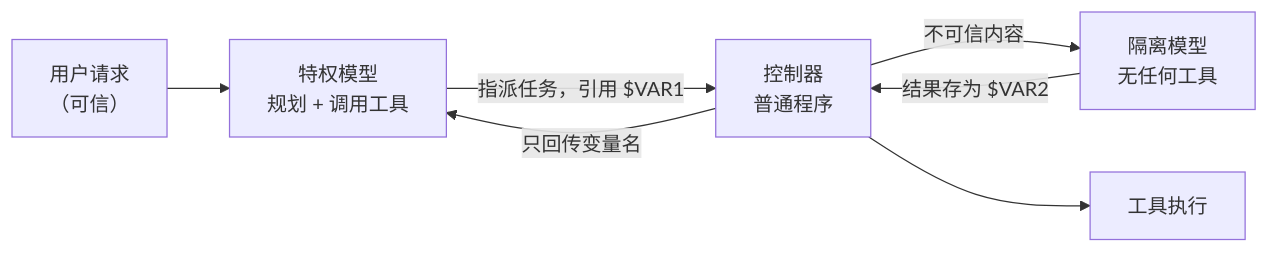
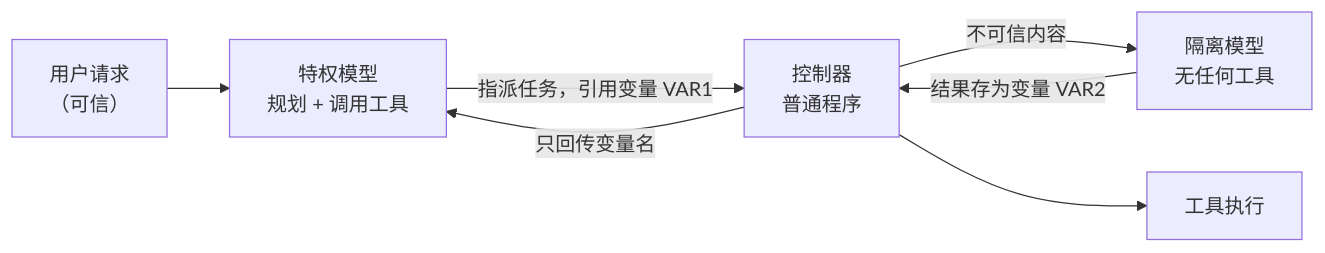
One commit to yeasy/ai_security_guide changed the diagram in 13_agent_architecture/13.2_architectural_defenses.md. Above: the diagram before and after it, drawn with Mermaid. The commit also changed other lines of this file and 13 other files, not shown here.

````diff
--- a/13_agent_architecture/13.2_architectural_defenses.md
+++ b/13_agent_architecture/13.2_architectural_defenses.md
@@ -32,9 +32,9 @@
 ```mermaid
 flowchart LR
     U["用户请求<br/>（可信）"] --> P["特权模型<br/>规划 + 调用工具"]
-    P -->|"指派任务，引用 $VAR1"| C["控制器<br/>普通程序"]
+    P -->|"指派任务，引用变量 VAR1"| C["控制器<br/>普通程序"]
     C -->|"不可信内容"| Q["隔离模型<br/>无任何工具"]
-    Q -->|"结果存为 $VAR2"| C
+    Q -->|"结果存为变量 VAR2"| C
     C -->|"只回传变量名"| P
     C --> T["工具执行"]
 ```
````
